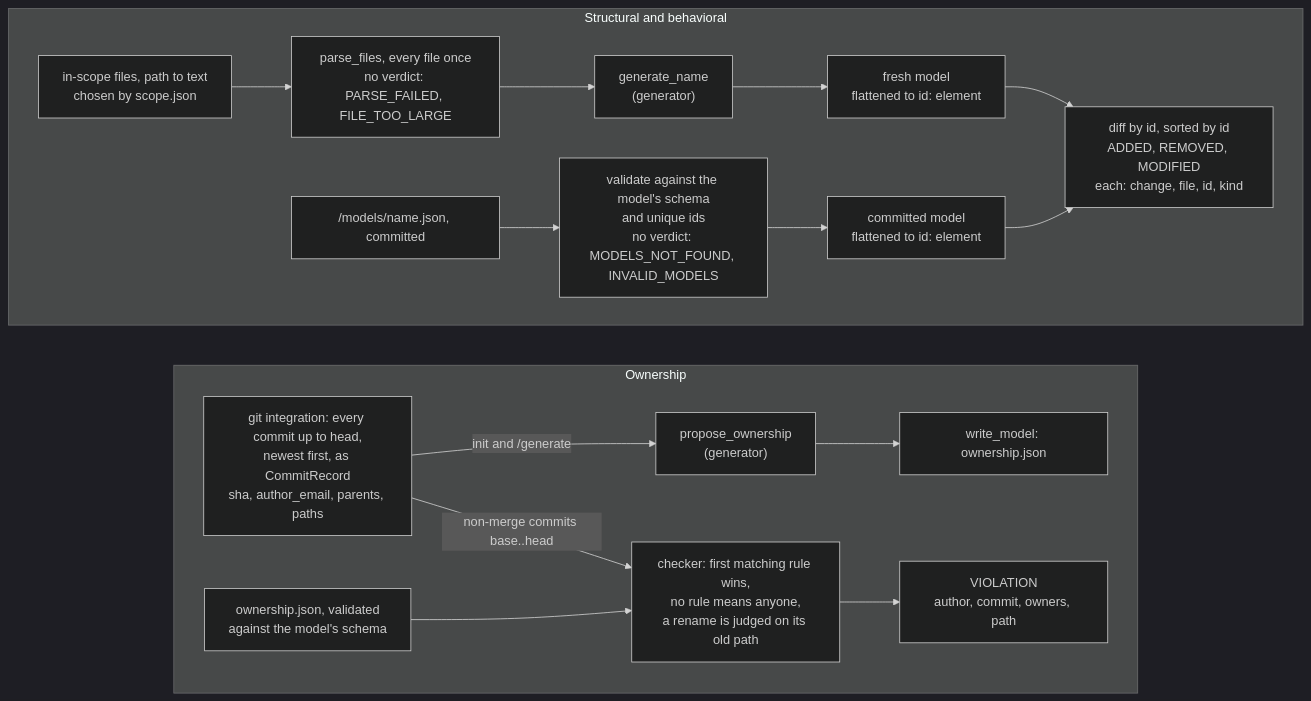
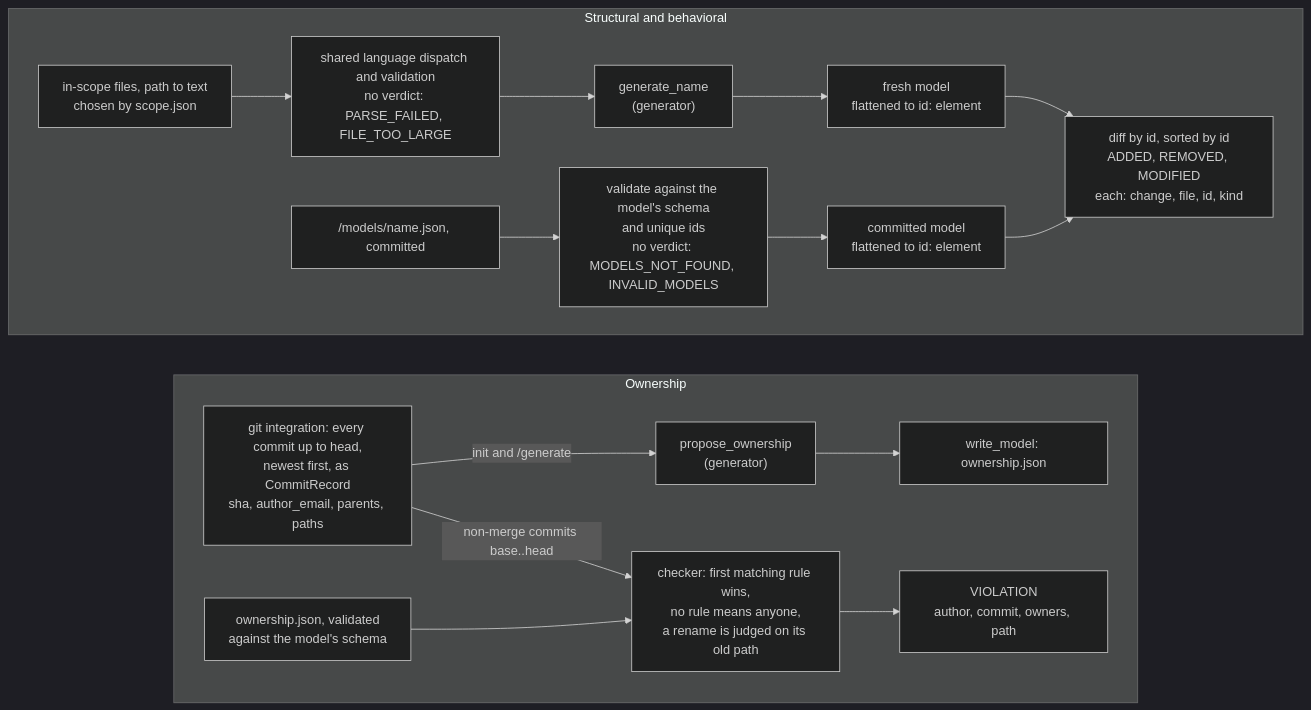
The diagram in docs/diagrams/model-seam.md (MuhammadSban/DocumentationModelDrifter), drawn with Mermaid (dark theme) before and after one commit. The commit also changed other lines of this file and 9 other files, not shown here.

````diff
--- a/docs/diagrams/model-seam.md
+++ b/docs/diagrams/model-seam.md
@@ -48,24 +50,24 @@
 ```mermaid
 flowchart TB
     accTitle: The model seam in one check
     accDescr: For structural and behavioral, the core parses the in-scope files, calls the model's generator, validates the committed model against the model's schema, flattens both to a map from id to element and diffs them by id. For ownership, the core builds commit records, propose_ownership turns them into ownership.json at init, and the core's checker judges each commit against those rules.
 
     subgraph SB[Structural and behavioral]
-        Files[in-scope files, path to text<br/>chosen by scope.json] --> Parse[parse_files, every file once<br/>no verdict: PARSE_FAILED, FILE_TOO_LARGE]
+        Files[in-scope files, path to text<br/>chosen by scope.json] --> Parse[shared language dispatch and validation<br/>no verdict: PARSE_FAILED, FILE_TOO_LARGE]
         Parse --> Gen["generate_name<br/>(generator)"]
         Gen --> Fresh[fresh model<br/>flattened to id: element]
         Committed["/models/name.json, committed"] --> Valid["validate against the model's schema<br/>and unique ids<br/>no verdict: MODELS_NOT_FOUND, INVALID_MODELS"]
         Valid --> Old[committed model<br/>flattened to id: element]
         Fresh & Old --> Diff[diff by id, sorted by id<br/>ADDED, REMOVED, MODIFIED<br/>each: change, file, id, kind]
     end
 
     subgraph OW[Ownership]
         Log[git integration: every commit up to head,<br/>newest first, as CommitRecord<br/>sha, author_email, parents, paths]
         Log -- init and /generate --> Prop["propose_ownership<br/>(generator)"] --> Write[write_model: ownership.json]
         Log -- non-merge commits base..head --> Check[checker: first matching rule wins,<br/>no rule means anyone,<br/>a rename is judged on its old path]
         Rules["ownership.json, validated<br/>against the model's schema"] --> Check
         Check --> Viol[VIOLATION<br/>author, commit, owners, path]
     end
 
     SB ~~~ OW
 ```
````
